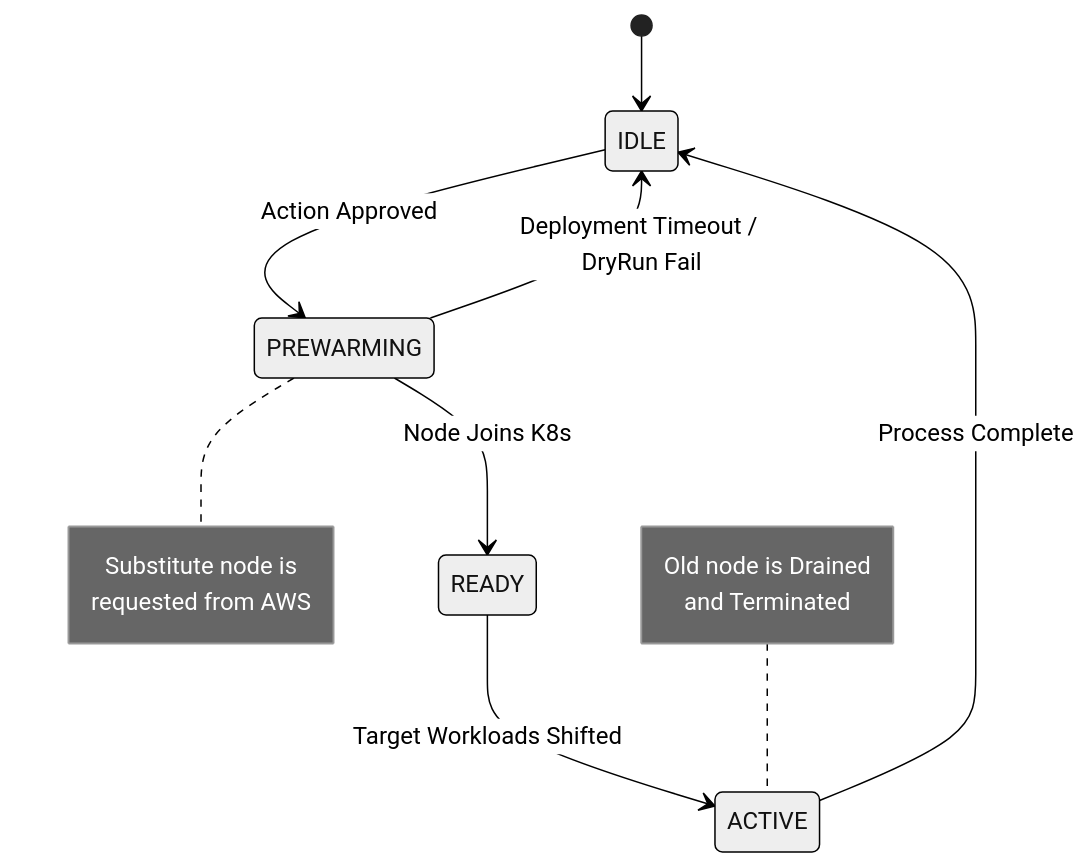
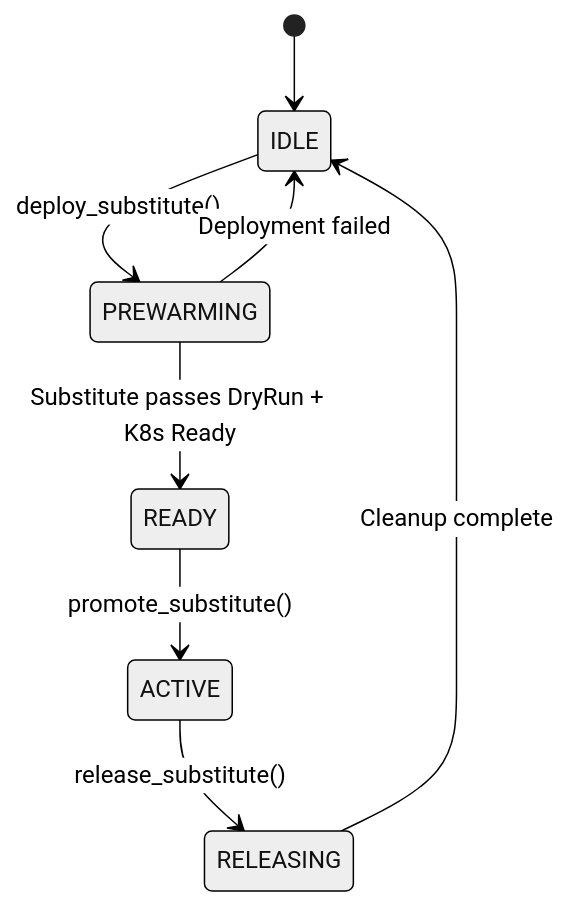
One commit to atharva0608/final-ml changed the sixth of 17 diagrams in documents/logic.md. Above: the diagram before and after it, drawn with Mermaid (neutral theme). The commit also changed other lines of this file and 237 other files, not shown here.

````diff
--- a/documents/logic.md
+++ b/documents/logic.md
@@ -150,22 +463,10 @@
 ```mermaid
 stateDiagram-v2
     [*] --> IDLE
-    
-    IDLE --> PREWARMING : Action Approved
-    note right of PREWARMING
-        Substitute node is 
-        requested from AWS
-    end note
-    
-    PREWARMING --> READY : Node Joins K8s
-    
-    READY --> ACTIVE : Target Workloads Shifted
-    note left of ACTIVE
-        Old node is Drained 
-        and Terminated
-    end note
-    
-    ACTIVE --> IDLE : Process Complete
-    
-    PREWARMING --> IDLE : Deployment Timeout / DryRun Fail
+    IDLE --> PREWARMING : deploy_substitute()
+    PREWARMING --> READY : Substitute passes DryRun + K8s Ready
+    READY --> ACTIVE : promote_substitute()
+    ACTIVE --> RELEASING : release_substitute()
+    RELEASING --> IDLE : Cleanup complete
+    PREWARMING --> IDLE : Deployment failed
 ```
````
